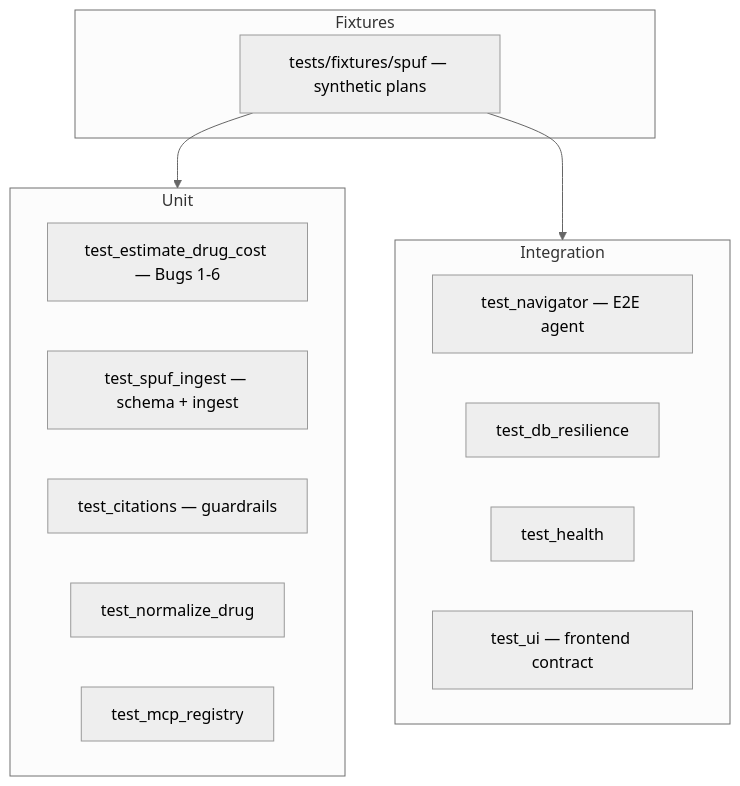
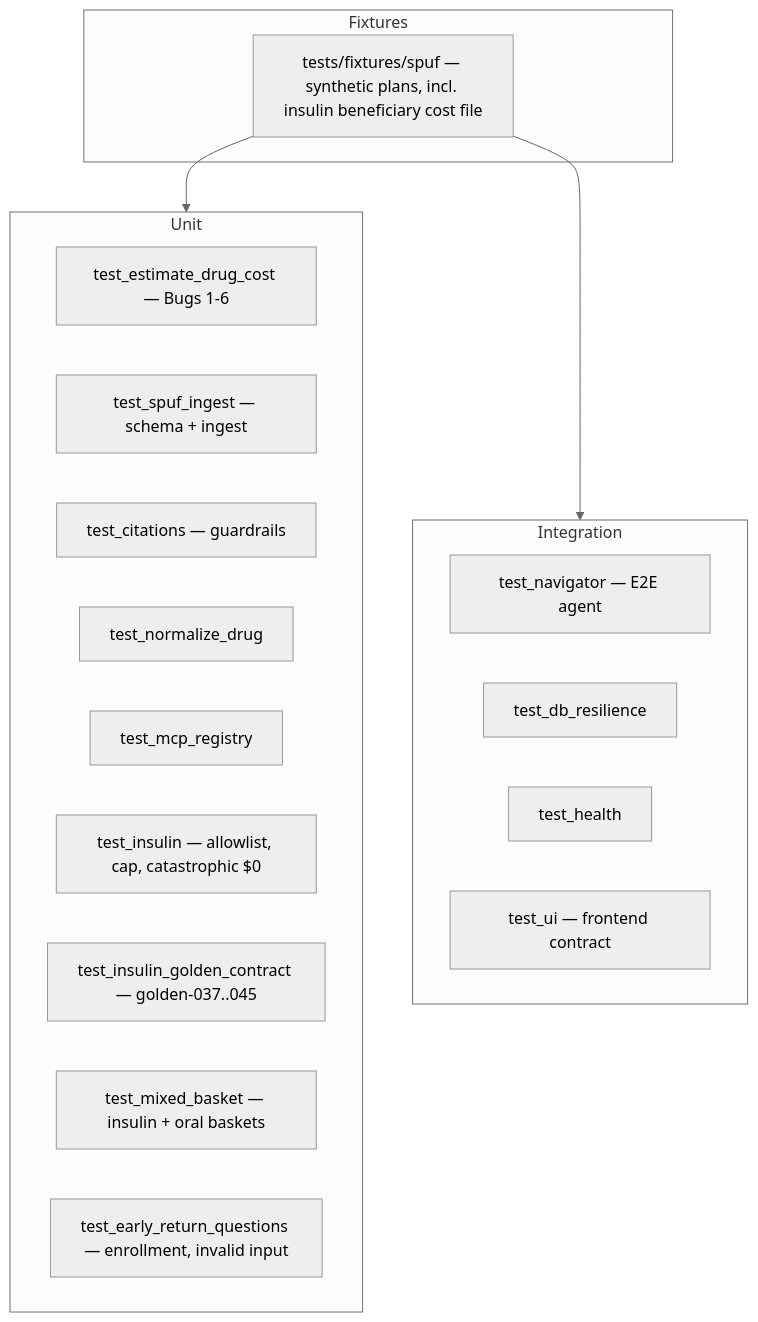
Diagram 11 of 11 in docs/developer-guide.md (SreeCodes2021/Medicare-drug-cost-navigator), drawn with Mermaid (neutral theme) before and after one commit. The commit also changed other lines of this file and 55 other files, not shown here.

First line of the commit message:
Add insulin cap billing, mixed baskets, and QA suites (#2)

````diff
--- a/docs/developer-guide.md
+++ b/docs/developer-guide.md
@@ -986,20 +1010,24 @@
 ```mermaid
 flowchart TB
     subgraph Unit
         T1[test_estimate_drug_cost — Bugs 1-6]
         T2[test_spuf_ingest — schema + ingest]
         T3[test_citations — guardrails]
         T4[test_normalize_drug]
         T5[test_mcp_registry]
+        T10[test_insulin — allowlist, cap, catastrophic $0]
+        T11[test_insulin_golden_contract — golden-037..045]
+        T12[test_mixed_basket — insulin + oral baskets]
+        T13[test_early_return_questions — enrollment, invalid input]
     end
     subgraph Integration
         T6[test_navigator — E2E agent]
         T7[test_db_resilience]
         T8[test_health]
         T9[test_ui — frontend contract]
     end
     subgraph Fixtures
-        F[tests/fixtures/spuf — synthetic plans]
+        F[tests/fixtures/spuf — synthetic plans, incl. insulin beneficiary cost file]
     end
     F --> Unit & Integration
 ```
````
